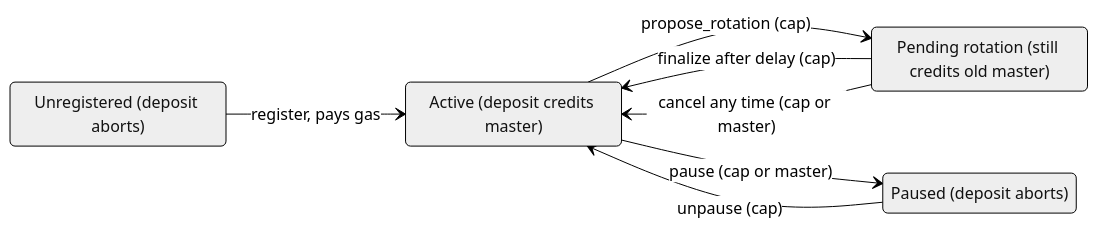
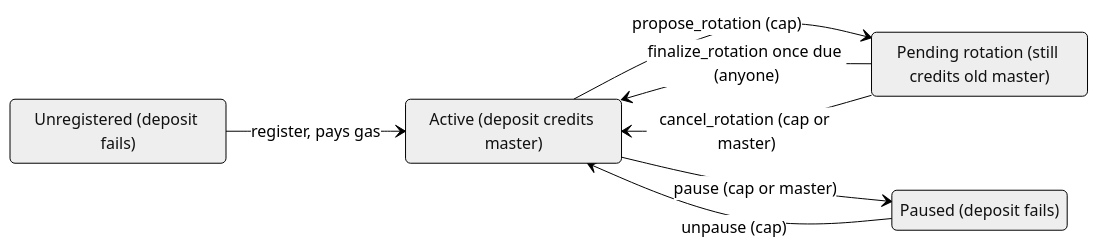
Before and after one commit to MystenLabs/sui: the diagram in crates/sui-framework/design_docs/forwarding_addresses.md, drawn with Mermaid (neutral theme). The commit also changed other lines of this file and 22 other files, not shown here.

First line of the commit message:
Add pause and two-step master rotation to the forwarding address registry

````diff
--- a/crates/sui-framework/design_docs/forwarding_addresses.md
+++ b/crates/sui-framework/design_docs/forwarding_addresses.md
@@ -300,15 +324,15 @@
 ```mermaid
 stateDiagram-v2
     direction LR
-    Unregistered: Unregistered (deposit aborts)
+    Unregistered: Unregistered (deposit fails)
     Active: Active (deposit credits master)
     Pending: Pending rotation (still credits old master)
-    Paused: Paused (deposit aborts)
+    Paused: Paused (deposit fails)
 
     Unregistered --> Active: register, pays gas
     Active --> Pending: propose_rotation (cap)
-    Pending --> Active: finalize after delay (cap)
-    Pending --> Active: cancel any time (cap or master)
+    Pending --> Active: finalize_rotation once due (anyone)
+    Pending --> Active: cancel_rotation (cap or master)
     Active --> Paused: pause (cap or master)
     Paused --> Active: unpause (cap)
 ```
````
